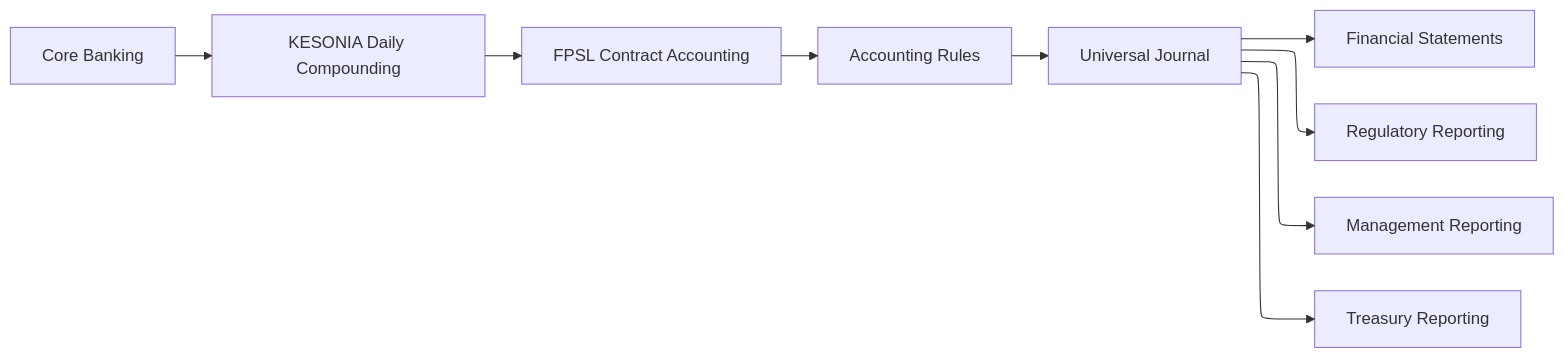
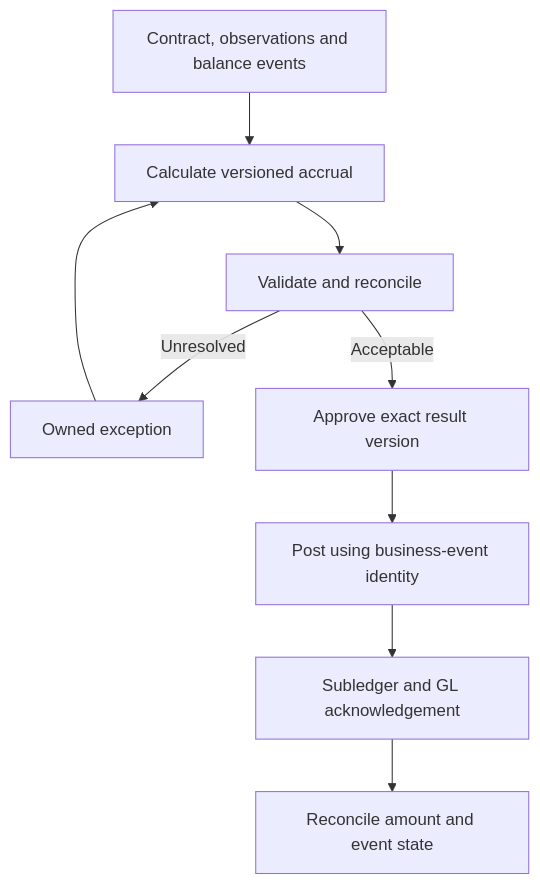
One commit to TheAlchemistNerd/regtech-kesonia-treasury changed the diagram in docs/research/kesonia/Part4_RegTech_Sweep_Platform_Deep_Dives_and_Roadmap.md. Above: the diagram before and after it, drawn with Mermaid. The commit also changed other lines of this file and 46 other files, not shown here.

First line of the commit message:
Integrate KESONIA reviews with tested treasury reference cases

````diff
--- a/docs/research/kesonia/Part4_RegTech_Sweep_Platform_Deep_Dives_and_Roadmap.md
+++ b/docs/research/kesonia/Part4_RegTech_Sweep_Platform_Deep_Dives_and_Roadmap.md
@@ -315,12 +47,11 @@
 ```mermaid
-%%{init: {"flowchart": {"defaultRenderer": "elk"}, "themeVariables": {"fontSize": "16px", "fontFamily": "arial"}} }%%
-flowchart LR
-    A[Core Banking] --> B[KESONIA Daily Compounding]
-    B --> C[FPSL Contract Accounting]
-    C --> D[Accounting Rules]
-    D --> E[Universal Journal]
-    E --> F[Financial Statements]
-    E --> G[Regulatory Reporting]
-    E --> H[Management Reporting]
-    E --> I[Treasury Reporting]
+flowchart TD
+    A[Contract, observations and balance events] --> B[Calculate versioned accrual]
+    B --> C[Validate and reconcile]
+    C -->|Unresolved| X[Owned exception]
+    C -->|Acceptable| D[Approve exact result version]
+    D --> E[Post using business-event identity]
+    E --> F[Subledger and GL acknowledgement]
+    F --> G[Reconcile amount and event state]
+    X --> B
 ```
````
